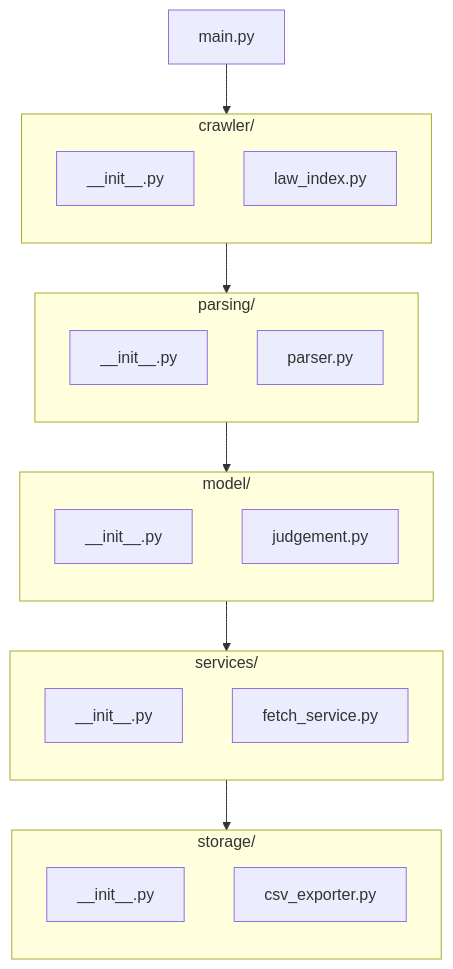
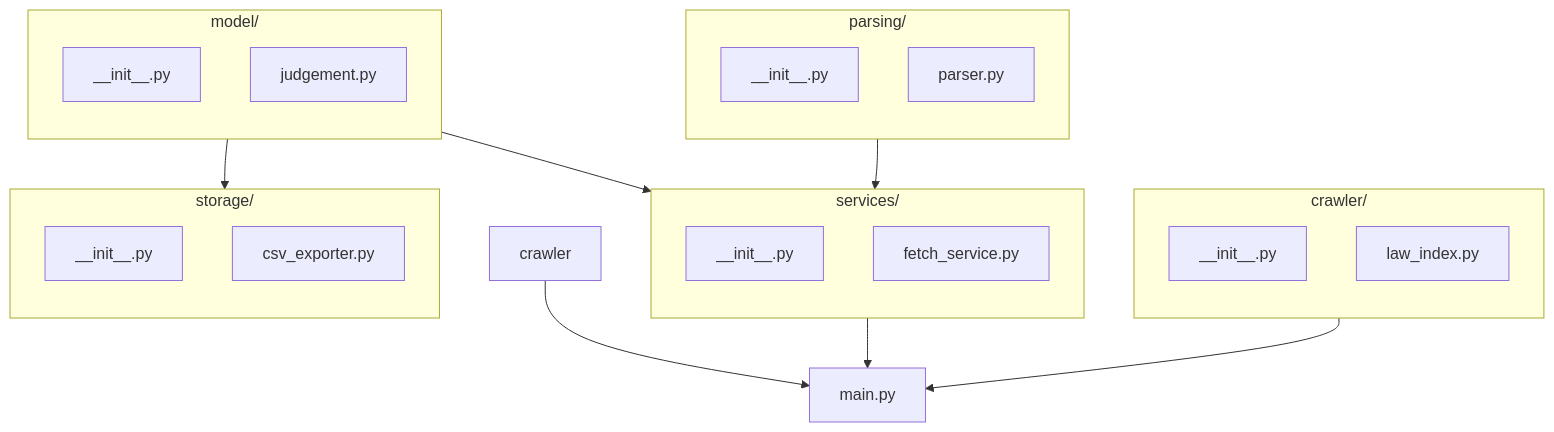
The first of 2 diagrams in README.md (royonzioki/engineering-challenge), drawn with Mermaid before and after one commit. The commit also changed 4 other files, not shown here.

Commit message:
Editing Level 1 Mermaid

````diff
--- a/README.md
+++ b/README.md
@@ -38,47 +38,48 @@
 ```mermaid
 flowchart TD
     %% Main entry point
     main[main.py]
 
     %% Index Crawler
     subgraph crawler_folder[crawler/]
         direction TB
         crawler_init[__init__.py]
         law_index[law_index.py]
     end
 
     %% Parser
     subgraph parser_folder[parsing/]
         direction TB
         parsing_init[__init__.py]
         parser[parser.py]
     end
 
     %% Model
     subgraph models_folder[model/]
         direction TB
         model_init[__init__.py]
         judgement[judgement.py]
     end
 
     %% Services
     subgraph services_folder[services/]
         direction TB
         services_init[__init__.py]
         fetch_service[fetch_service.py]
     end
 
     %% Exporter
     subgraph exporters_folder[storage/]
         direction TB
         storage_init[__init__.py]
         csv_exporter[csv_exporter.py]
     end
 
     %% Data flow arrows
-    main --> law_index
-    law_index --> parser
-    parser --> judgement
+    law_index --> main
+    crawler --> main
+    parser --> fetch_service 
     judgement --> fetch_service
-    fetch_service --> csv_exporter
+    fetch_service --> main
+    judgement--> csv_exporter
    ```
````
